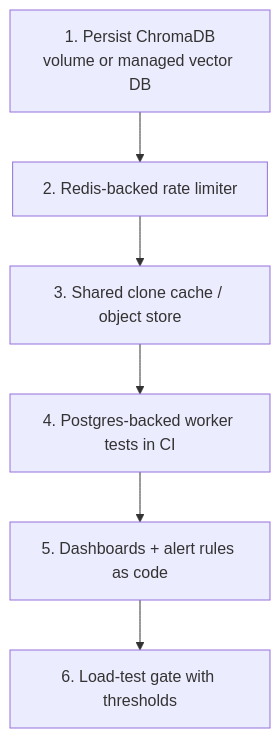
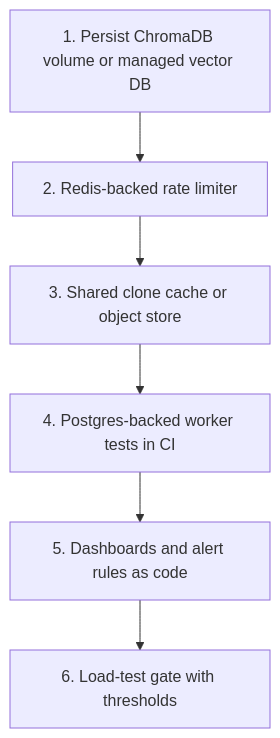
The diagram in docs/operations/production-readiness-review.md (nikhil-87/CodeSensei), drawn with Mermaid before and after one commit. The commit also changed 25 other files, not shown here.

Commit message:
docs: initialize comprehensive technical documentation, architecture diagrams, and verification guides in vault and docs directories

````diff
--- a/docs/operations/production-readiness-review.md
+++ b/docs/operations/production-readiness-review.md
@@ -81,8 +81,8 @@
 ```mermaid
 flowchart TD
-    P1[1. Persist ChromaDB<br/>volume or managed vector DB] --> P2[2. Redis-backed rate limiter]
-    P2 --> P3[3. Shared clone cache / object store]
+    P1[1. Persist ChromaDB volume or managed vector DB] --> P2[2. Redis-backed rate limiter]
+    P2 --> P3[3. Shared clone cache or object store]
     P3 --> P4[4. Postgres-backed worker tests in CI]
-    P4 --> P5[5. Dashboards + alert rules as code]
+    P4 --> P5[5. Dashboards and alert rules as code]
     P5 --> P6[6. Load-test gate with thresholds]
 ```
````
